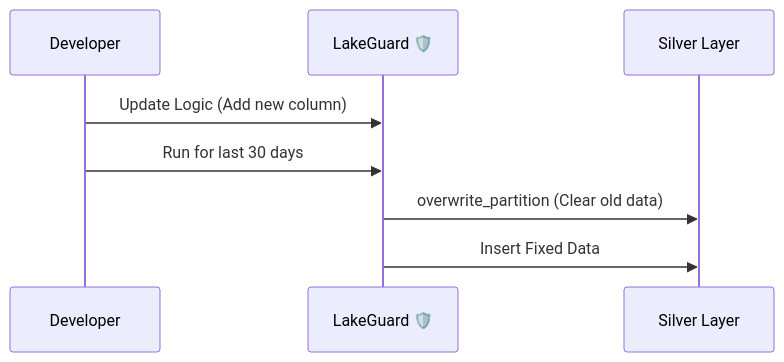
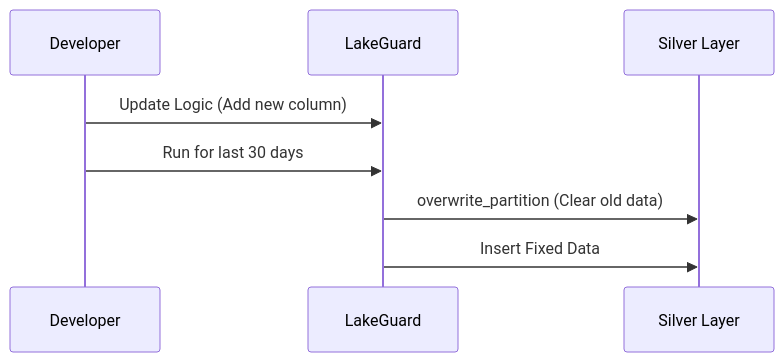
One commit to LakeLogic/LakeLogic changed the diagram in docs/reprocessing.md. Above: the diagram before and after it, drawn with Mermaid. The commit also changed other lines of this file and 114 other files, not shown here.

````diff
--- a/docs/reprocessing.md
+++ b/docs/reprocessing.md
@@ -36,11 +39,11 @@
 ```mermaid
 sequenceDiagram
     participant D as Developer
-    participant L as LakeGuard 🛡️
+    participant L as LakeGuard
     participant S as Silver Layer
     
     D->>L: Update Logic (Add new column)
     D->>L: Run for last 30 days
     L->>S: overwrite_partition (Clear old data)
     L->>S: Insert Fixed Data
 ```
````
